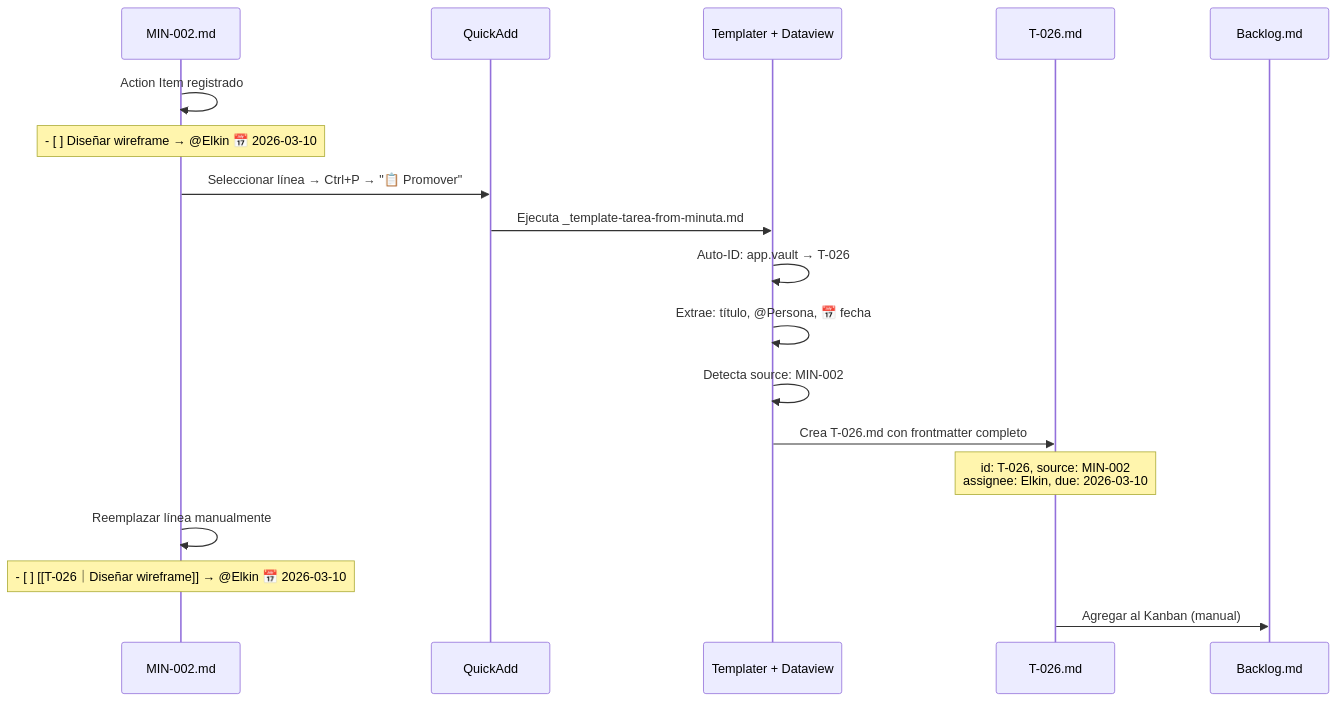
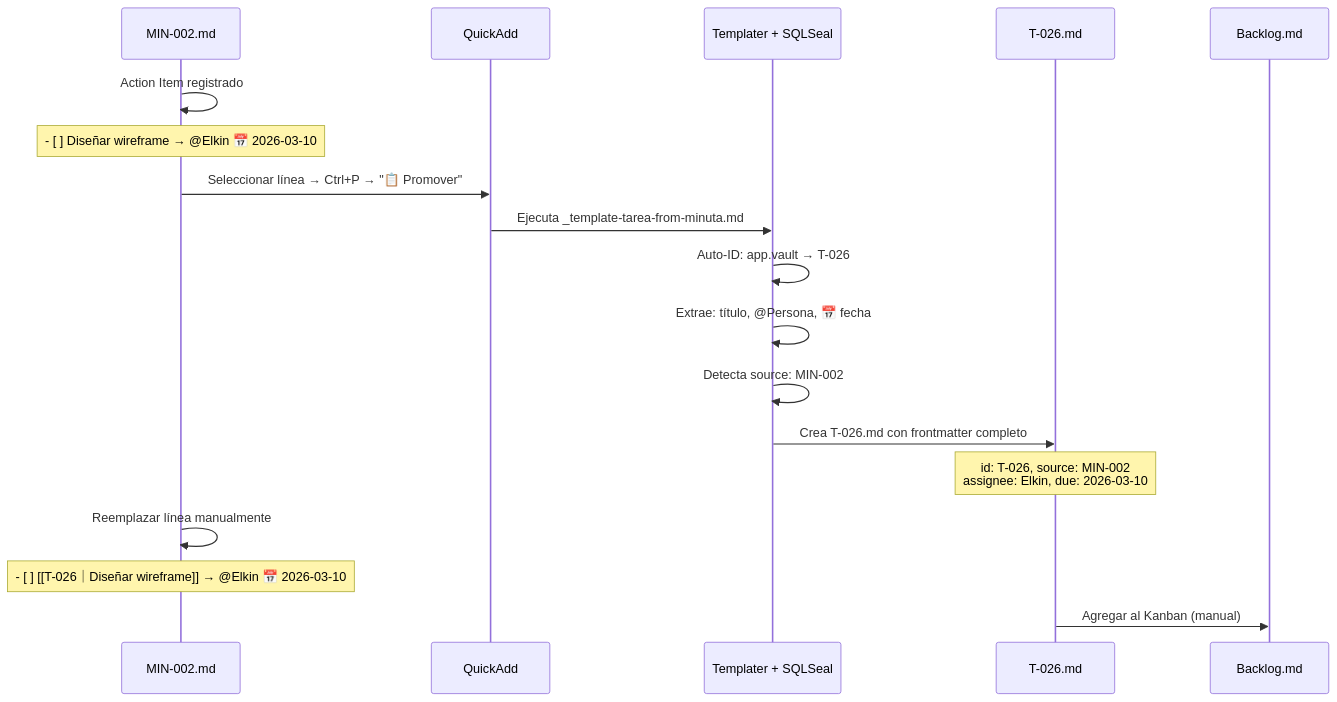
The third of 6 diagrams in 01-Proyecto/Guía de Workflow.md (yonrasgg/RAICES_VIVAS), drawn with Mermaid before and after one commit. The commit also changed other lines of this file and 3 other files, not shown here.

````diff
--- a/01-Proyecto/Guía de Workflow.md
+++ b/01-Proyecto/Guía de Workflow.md
@@ -1123,21 +1127,21 @@
 ```mermaid
 sequenceDiagram
     participant M as MIN-002.md
     participant QA as QuickAdd
-    participant TP as Templater + Dataview
+    participant TP as Templater + SQLSeal
     participant T as T-026.md
     participant BK as Backlog.md
 
     M->>M: Action Item registrado
     Note over M: - [ ] Diseñar wireframe → @Elkin 📅 2026-03-10
     M->>QA: Seleccionar línea → Ctrl+P → "📋 Promover"
     QA->>TP: Ejecuta _template-tarea-from-minuta.md
     TP->>TP: Auto-ID: app.vault → T-026
     TP->>TP: Extrae: título, @Persona, 📅 fecha
     TP->>TP: Detecta source: MIN-002
     TP->>T: Crea T-026.md con frontmatter completo
     Note over T: id: T-026, source: MIN-002<br/>assignee: Elkin, due: 2026-03-10
     M->>M: Reemplazar línea manualmente
     Note over M: - [ ] [[T-026｜Diseñar wireframe]] → @Elkin 📅 2026-03-10
     T->>BK: Agregar al Kanban (manual)
 ```
````
